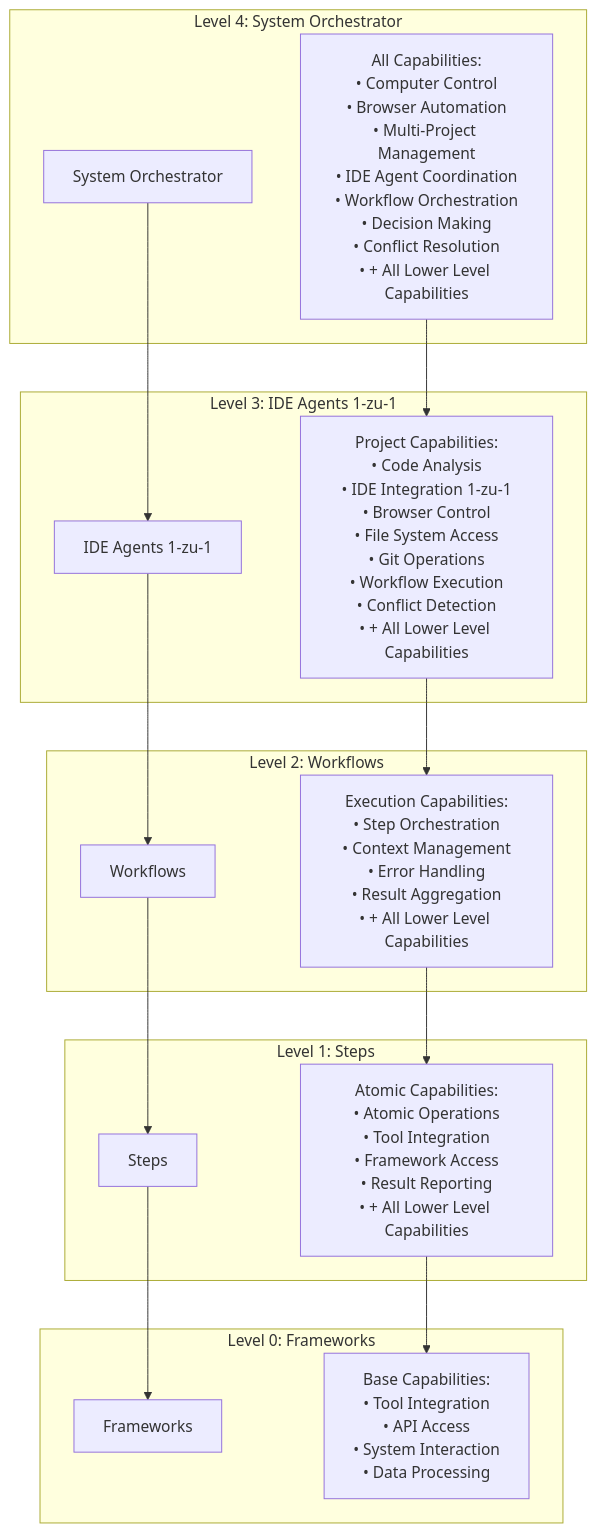
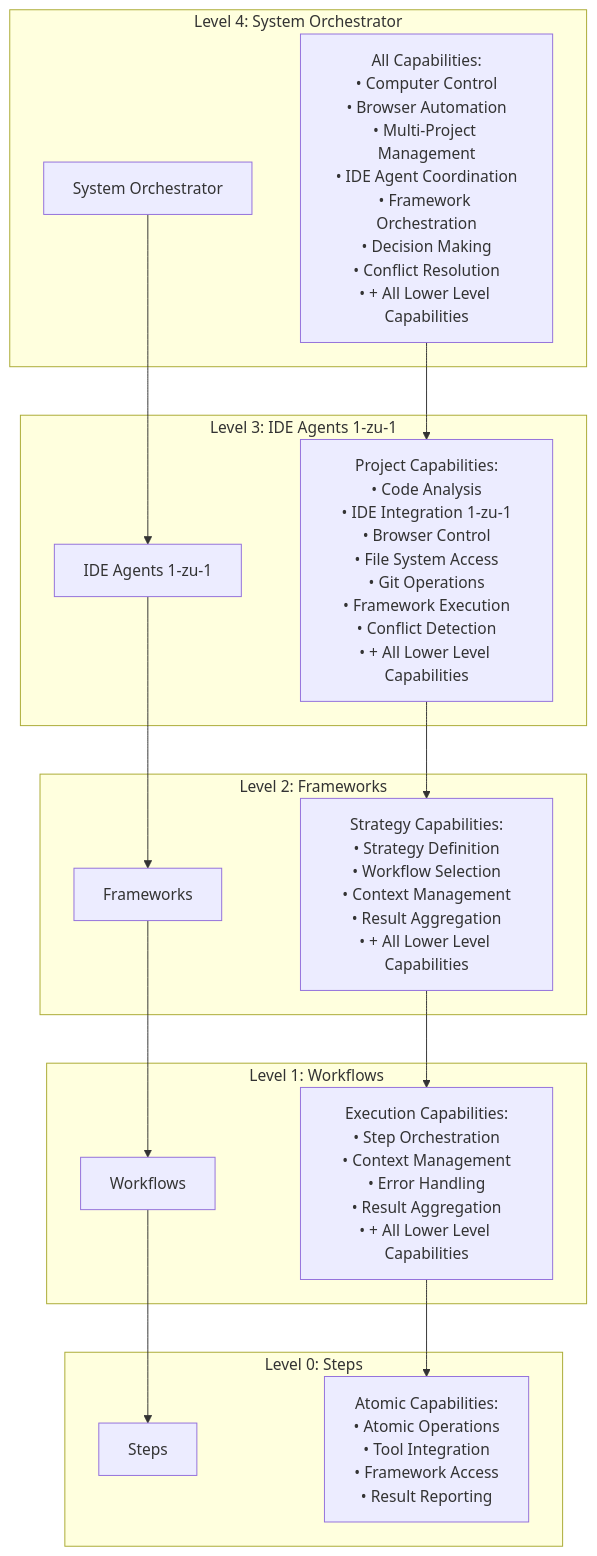
The sixth of 6 diagrams in docs/architecture/meta-ebenen-capabilities.md (fr4iser90/PIDEA), drawn with Mermaid before and after one commit. The commit also changed other lines of this file and 1 other file, not shown here.

First line of the commit message:
Update Architecture Documentation to Reflect Framework and Workflow Relationships

````diff
--- a/docs/architecture/meta-ebenen-capabilities.md
+++ b/docs/architecture/meta-ebenen-capabilities.md
@@ -251,37 +249,37 @@
 ```mermaid
 graph TD
     subgraph "Level 4: System Orchestrator"
         SO[System Orchestrator]
-        SO_CAPS["All Capabilities:\n• Computer Control\n• Browser Automation\n• Multi-Project Management\n• IDE Agent Coordination\n• Workflow Orchestration\n• Decision Making\n• Conflict Resolution\n• + All Lower Level Capabilities"]
+        SO_CAPS["All Capabilities:\n• Computer Control\n• Browser Automation\n• Multi-Project Management\n• IDE Agent Coordination\n• Framework Orchestration\n• Decision Making\n• Conflict Resolution\n• + All Lower Level Capabilities"]
     end
     
     subgraph "Level 3: IDE Agents 1-zu-1"
         IA["IDE Agents 1-zu-1"]
-        IA_CAPS["Project Capabilities:\n• Code Analysis\n• IDE Integration 1-zu-1\n• Browser Control\n• File System Access\n• Git Operations\n• Workflow Execution\n• Conflict Detection\n• + All Lower Level Capabilities"]
+        IA_CAPS["Project Capabilities:\n• Code Analysis\n• IDE Integration 1-zu-1\n• Browser Control\n• File System Access\n• Git Operations\n• Framework Execution\n• Conflict Detection\n• + All Lower Level Capabilities"]
     end
     
-    subgraph "Level 2: Workflows"
+    subgraph "Level 2: Frameworks"
+        FW["Frameworks"]
+        FW_CAPS["Strategy Capabilities:\n• Strategy Definition\n• Workflow Selection\n• Context Management\n• Result Aggregation\n• + All Lower Level Capabilities"]
+    end
+    
+    subgraph "Level 1: Workflows"
         WF["Workflows"]
         WF_CAPS["Execution Capabilities:\n• Step Orchestration\n• Context Management\n• Error Handling\n• Result Aggregation\n• + All Lower Level Capabilities"]
     end
     
-    subgraph "Level 1: Steps"
+    subgraph "Level 0: Steps"
         ST["Steps"]
-        ST_CAPS["Atomic Capabilities:\n• Atomic Operations\n• Tool Integration\n• Framework Access\n• Result Reporting\n• + All Lower Level Capabilities"]
-    end
-    
-    subgraph "Level 0: Frameworks"
-        FW["Frameworks"]
-        FW_CAPS["Base Capabilities:\n• Tool Integration\n• API Access\n• System Interaction\n• Data Processing"]
+        ST_CAPS["Atomic Capabilities:\n• Atomic Operations\n• Tool Integration\n• Framework Access\n• Result Reporting"]
     end
     
     SO --> IA
-    IA --> WF
+    IA --> FW
+    FW --> WF
     WF --> ST
-    ST --> FW
     
     SO_CAPS --> IA_CAPS
-    IA_CAPS --> WF_CAPS
+    IA_CAPS --> FW_CAPS
+    FW_CAPS --> WF_CAPS
     WF_CAPS --> ST_CAPS
-    ST_CAPS --> FW_CAPS
 ```
````
